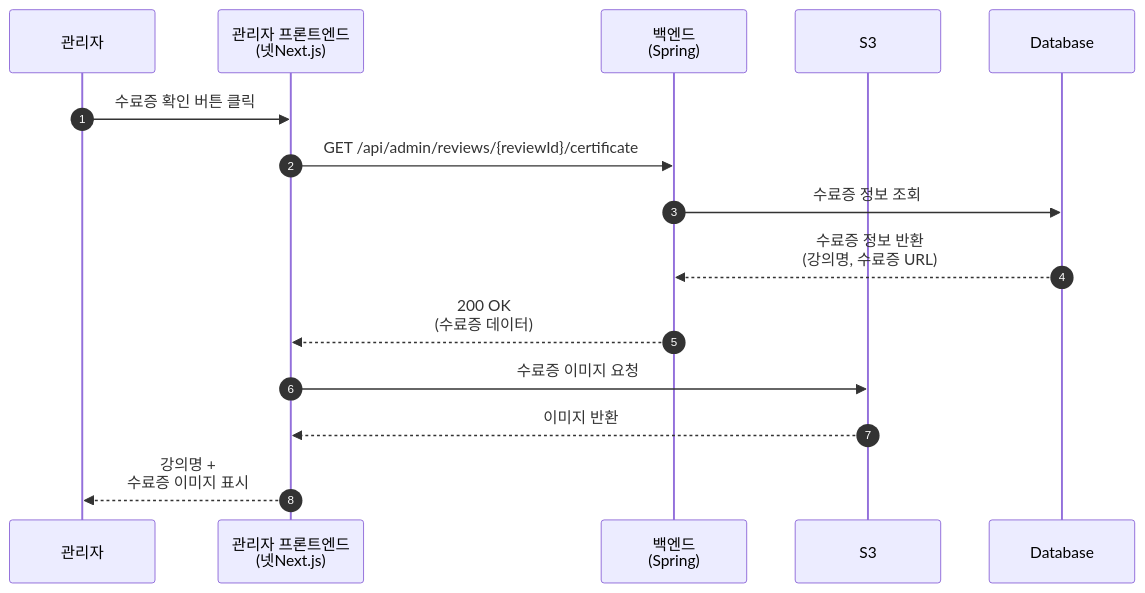
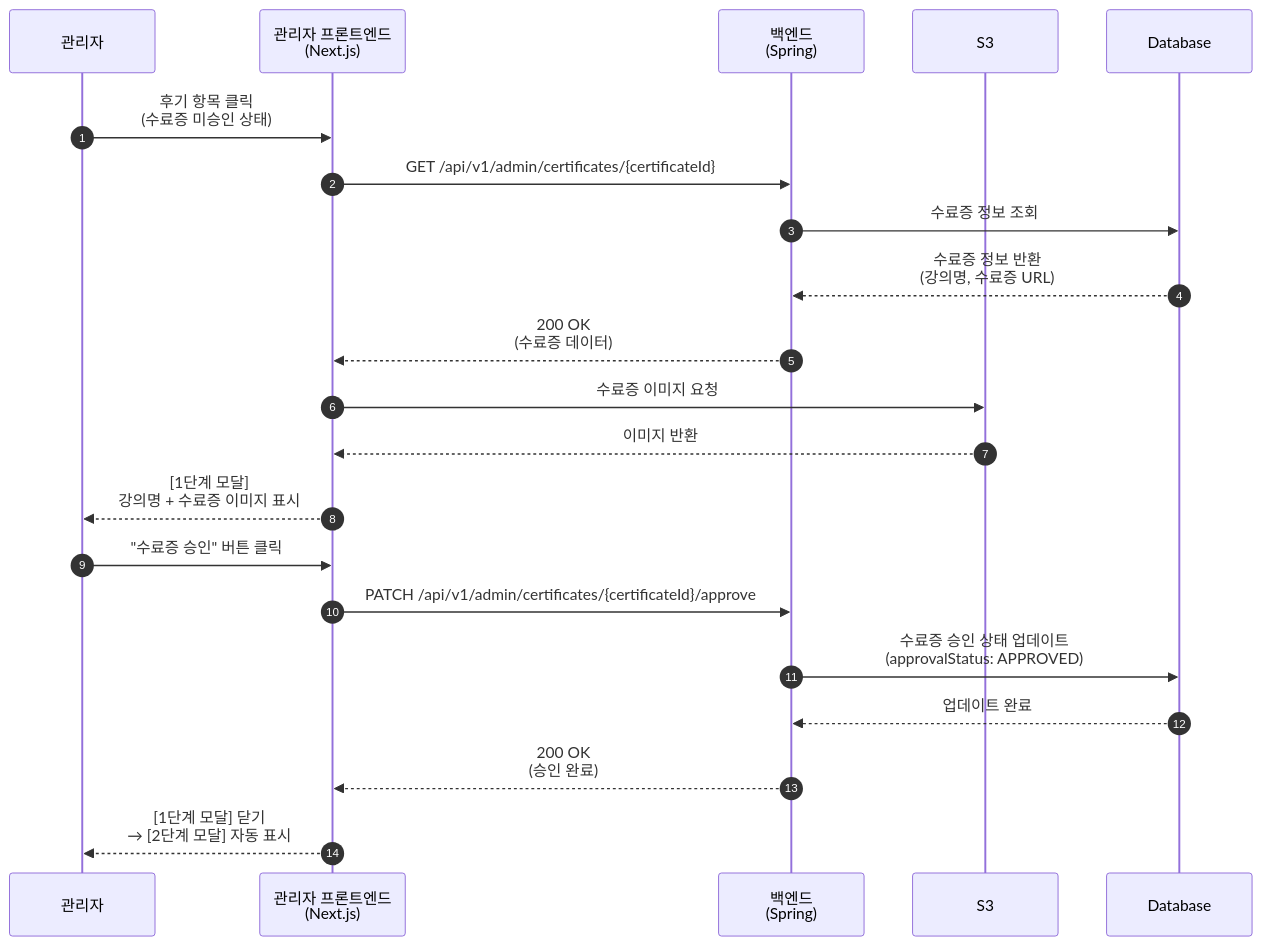
One commit to sw-campus/sw-campus-docs changed the second of 8 diagrams in sequence/review/admin_review_approval_diagram.md. Above: the diagram before and after it, drawn with Mermaid. The commit also changed other lines of this file and 3 other files, not shown here.

Commit message:
docs: review sequence

````diff
--- a/sequence/review/admin_review_approval_diagram.md
+++ b/sequence/review/admin_review_approval_diagram.md
@@ -29,18 +29,25 @@
 ```mermaid
 sequenceDiagram
     autonumber
     participant Admin as 관리자
-    participant AdminFE as 관리자 프론트엔드<br/>(넷Next.js)
+    participant AdminFE as 관리자 프론트엔드<br/>(Next.js)
     participant Backend as 백엔드<br/>(Spring)
     participant S3 as S3
     participant DB as Database
 
-    Admin->>AdminFE: 수료증 확인 버튼 클릭
-    AdminFE->>Backend: GET /api/admin/reviews/{reviewId}/certificate
+    Admin->>AdminFE: 후기 항목 클릭<br/>(수료증 미승인 상태)
+    AdminFE->>Backend: GET /api/v1/admin/certificates/{certificateId}
     Backend->>DB: 수료증 정보 조회
     DB-->>Backend: 수료증 정보 반환<br/>(강의명, 수료증 URL)
     Backend-->>AdminFE: 200 OK<br/>(수료증 데이터)
     AdminFE->>S3: 수료증 이미지 요청
     S3-->>AdminFE: 이미지 반환
-    AdminFE-->>Admin: 강의명 +<br/>수료증 이미지 표시
+    AdminFE-->>Admin: [1단계 모달]<br/>강의명 + 수료증 이미지 표시
+
+    Admin->>AdminFE: "수료증 승인" 버튼 클릭
+    AdminFE->>Backend: PATCH /api/v1/admin/certificates/{certificateId}/approve
+    Backend->>DB: 수료증 승인 상태 업데이트<br/>(approvalStatus: APPROVED)
+    DB-->>Backend: 업데이트 완료
+    Backend-->>AdminFE: 200 OK<br/>(승인 완료)
+    AdminFE-->>Admin: [1단계 모달] 닫기<br/>→ [2단계 모달] 자동 표시
 ```
````
